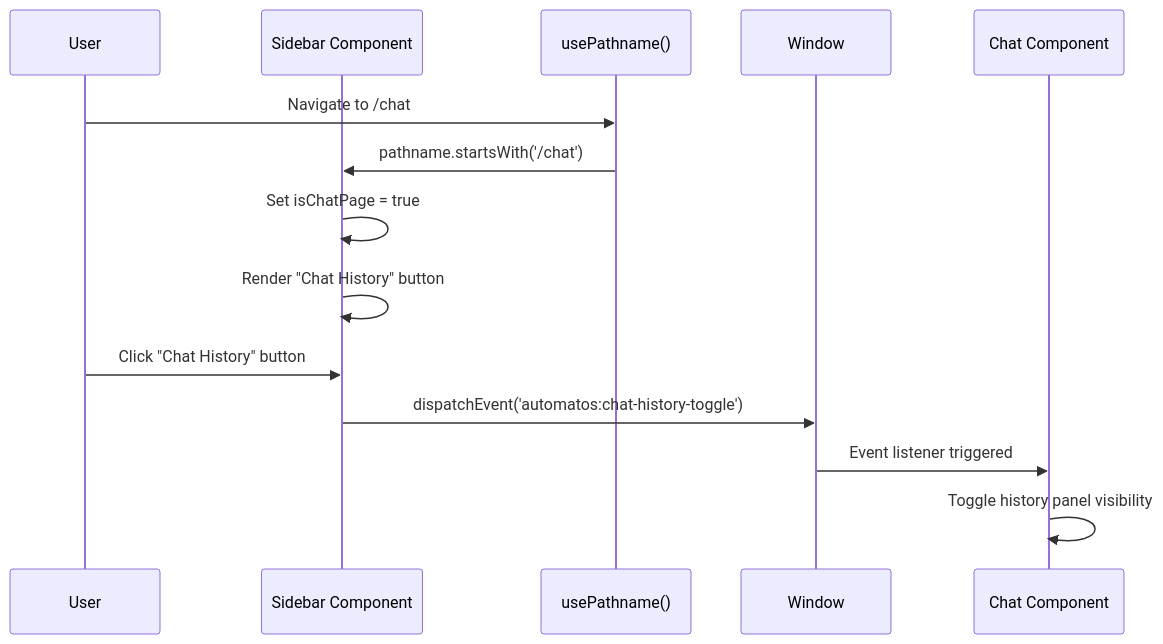
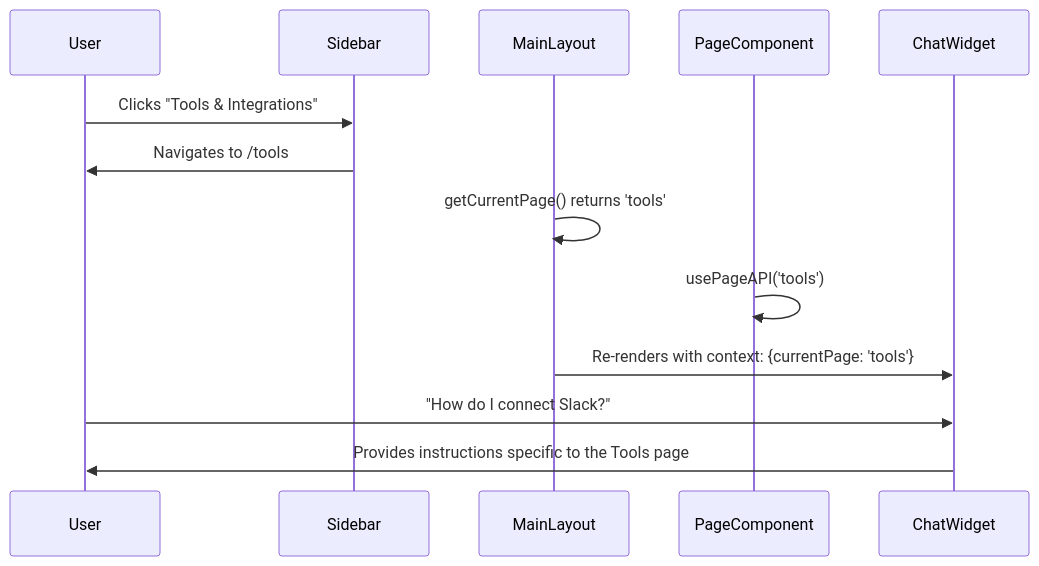
Before and after one commit to AutomatosAI/automatos-ai: the third of 3 diagrams in docs/frontend-architecture/navigation-layout.md, drawn with Mermaid. The commit also changed other lines of this file and 149 other files, not shown here.

Commit message:
docs: refresh documentation with graphify semantic scan

````diff
--- a/docs/frontend-architecture/navigation-layout.md
+++ b/docs/frontend-architecture/navigation-layout.md
@@ -325,18 +175,16 @@
 ```mermaid
 sequenceDiagram
-    participant U as User
-    participant S as Sidebar Component
-    participant P as usePathname()
-    participant W as Window
-    participant C as Chat Component
-    
-    U->>P: Navigate to /chat
-    P->>S: pathname.startsWith('/chat')
-    S->>S: Set isChatPage = true
-    S->>S: Render "Chat History" button
-    
-    U->>S: Click "Chat History" button
-    S->>W: dispatchEvent('automatos:chat-history-toggle')
-    W->>C: Event listener triggered
-    C->>C: Toggle history panel visibility
+    participant User
+    participant Sidebar
+    participant Layout as MainLayout
+    participant Page as PageComponent
+    participant Widget as ChatWidget
+
+    User->>Sidebar: Clicks "Tools & Integrations"
+    Sidebar->>User: Navigates to /tools
+    Layout->>Layout: getCurrentPage() returns 'tools'
+    Page->>Page: usePageAPI('tools')
+    Layout->>Widget: Re-renders with context: {currentPage: 'tools'}
+    User->>Widget: "How do I connect Slack?"
+    Widget->>User: Provides instructions specific to the Tools page
 ```
````
